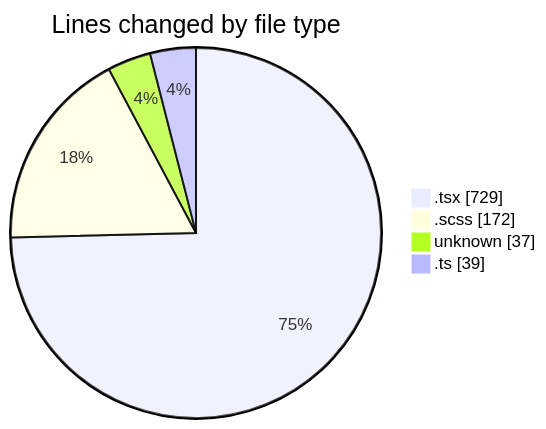
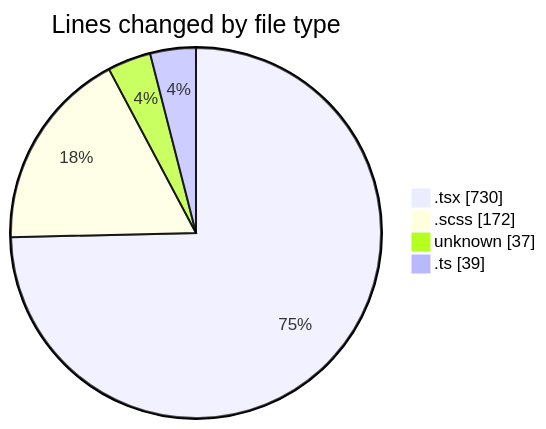
Before and after one commit to momahboobian/code-tracking: the first of 2 diagrams in 2025-09-16/cda/README.md, drawn with Mermaid. The commit also changed other lines of this file and 1 other file, not shown here.

````diff
--- a/2025-09-16/cda/README.md
+++ b/2025-09-16/cda/README.md
@@ -24,8 +25,8 @@
 ```mermaid
 pie showData
 title Lines changed by file type
-".tsx" : 729
+".tsx" : 730
 ".scss" : 172
 "unknown" : 37
 ".ts" : 39
 ```
````
